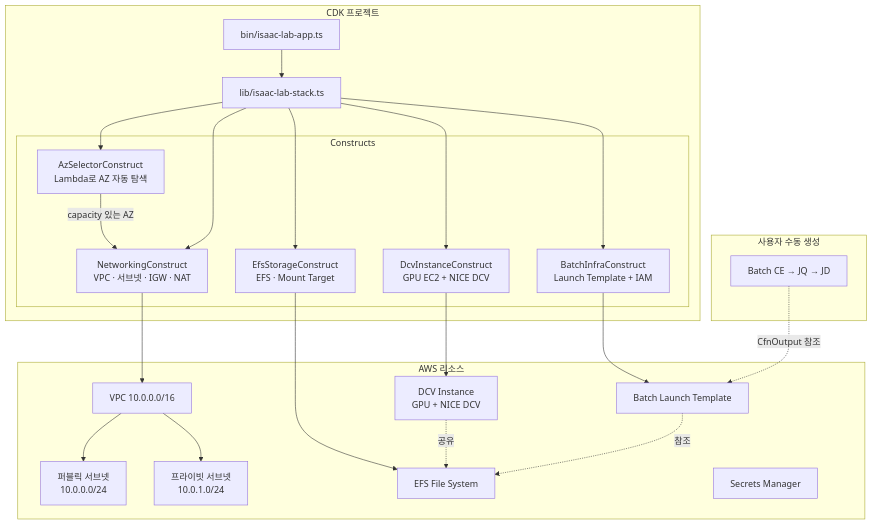
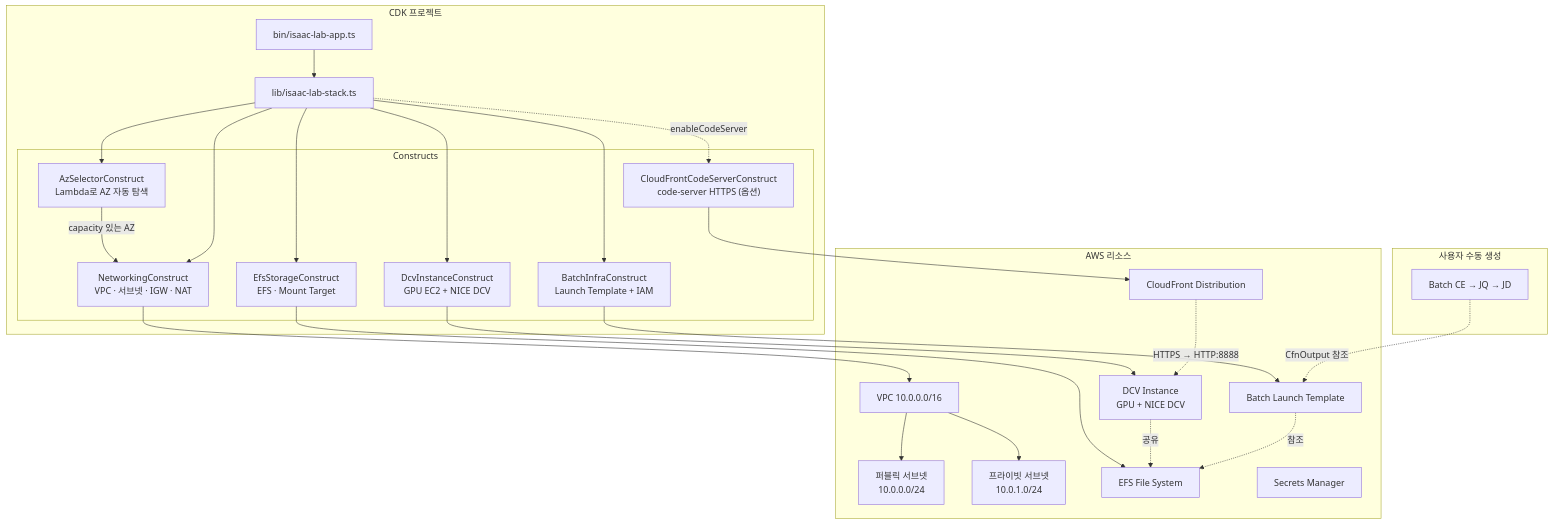
The diagram in simulation/isaac-lab/infra-multiuser-groot/README.md (hi-space/aws-physical-ai-recipes), drawn with Mermaid before and after one commit. The commit also changed other lines of this file and 6 other files, not shown here.

First line of the commit message:
feat(infra-multiuser): add optional code-server (VSCode) with CloudFront

````diff
--- a/simulation/isaac-lab/infra-multiuser-groot/README.md
+++ b/simulation/isaac-lab/infra-multiuser-groot/README.md
@@ -25,42 +25,46 @@
 ```mermaid
 graph TB
     subgraph "CDK 프로젝트"
         APP["bin/isaac-lab-app.ts"]
         STACK["lib/isaac-lab-stack.ts"]
 
         subgraph "Constructs"
             AZ["AzSelectorConstruct<br/>Lambda로 AZ 자동 탐색"]
             NET["NetworkingConstruct<br/>VPC · 서브넷 · IGW · NAT"]
             EFS_C["EfsStorageConstruct<br/>EFS · Mount Target"]
             DCV["DcvInstanceConstruct<br/>GPU EC2 + NICE DCV"]
+            CF["CloudFrontCodeServerConstruct<br/>code-server HTTPS (옵션)"]
             BATCH["BatchInfraConstruct<br/>Launch Template + IAM"]
         end
     end
 
     subgraph "AWS 리소스"
         VPC["VPC 10.0.0.0/16"]
         PUB["퍼블릭 서브넷<br/>10.0.0.0/24"]
         PRI["프라이빗 서브넷<br/>10.0.1.0/24"]
         DCV_I["DCV Instance<br/>GPU + NICE DCV"]
+        CF_D["CloudFront Distribution"]
         EFS_R["EFS File System"]
         BLT["Batch Launch Template"]
         SM["Secrets Manager"]
     end
 
     subgraph "사용자 수동 생성"
         BCE["Batch CE → JQ → JD"]
     end
 
     APP --> STACK
     STACK --> AZ
     AZ -->|capacity 있는 AZ| NET
     STACK --> NET --> VPC
     STACK --> EFS_C --> EFS_R
     STACK --> DCV --> DCV_I
+    STACK -.->|enableCodeServer| CF --> CF_D
+    CF_D -.->|HTTPS → HTTP:8888| DCV_I
     STACK --> BATCH --> BLT
     VPC --> PUB
     VPC --> PRI
     DCV_I -.->|공유| EFS_R
     BLT -.->|참조| EFS_R
     BCE -.->|CfnOutput 참조| BLT
 ```
````
